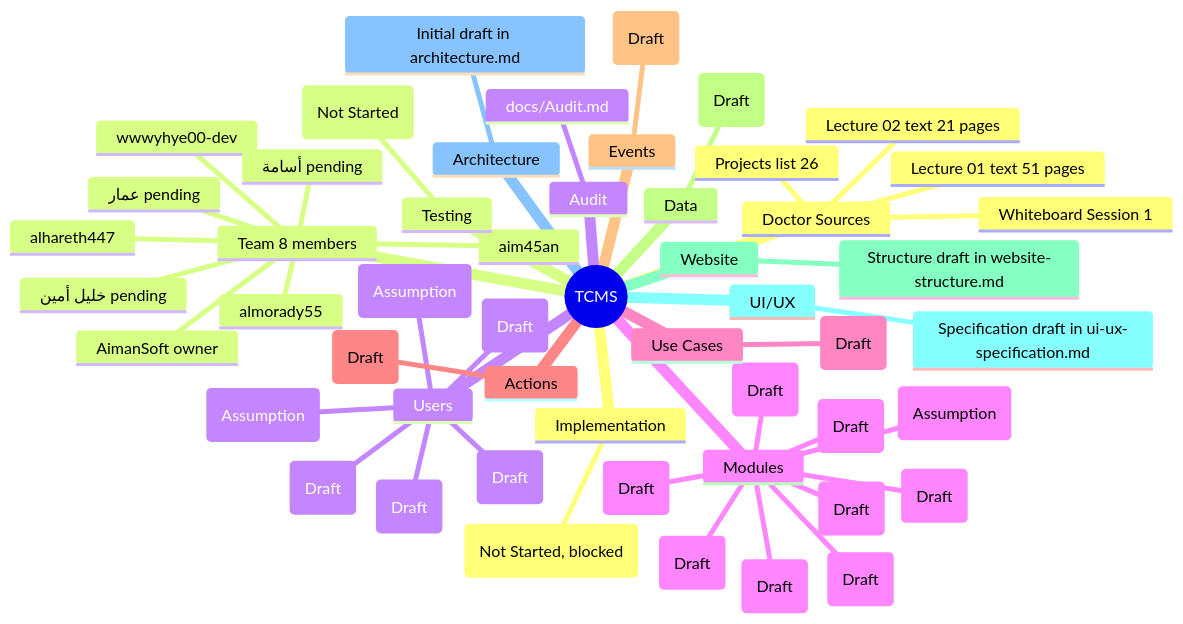
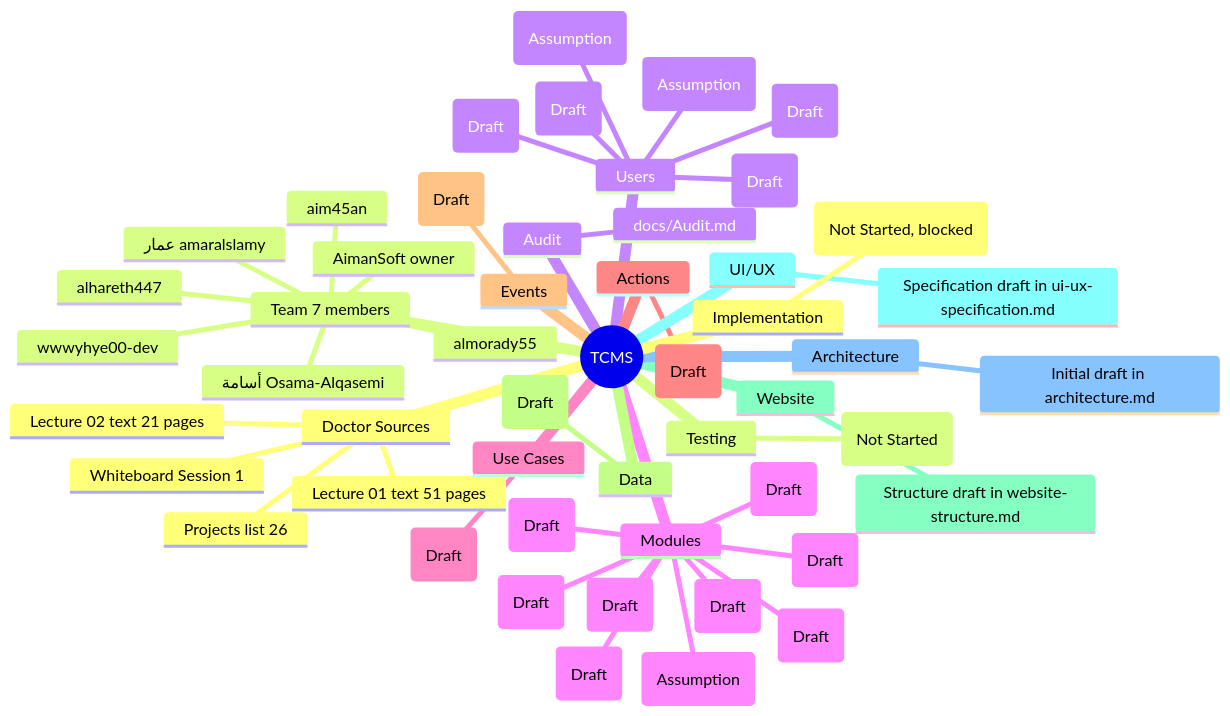
The diagram in docs/mindmap.md (AimanSoft/Telecome-Mangment-System), drawn with Mermaid before and after one commit. The commit also changed other lines of this file and 4 other files, not shown here.

First line of the commit message:
docs: update team — 7 members, 7/7 usernames confirmed

````diff
--- a/docs/mindmap.md
+++ b/docs/mindmap.md
@@ -11,55 +11,54 @@
 ```mermaid
 mindmap
   root((TCMS))
     Doctor Sources
       Lecture 01 text 51 pages
       Lecture 02 text 21 pages
       Projects list 26
       Whiteboard Session 1
-    Team 8 members
+    Team 7 members
       AimanSoft owner
       aim45an
       wwwyhye00-dev
       almorady55
       alhareth447
-      عمار pending
-      أسامة pending
-      خليل أمين pending
+      عمار amaralslamy
+      أسامة Osama-Alqasemi
     Users
       Administrator (Draft)
       Customer Service (Draft)
       Billing / Finance (Draft)
       Sales (Draft)
       Subscriber (Assumption)
       Technician / Field (Assumption)
     Modules
       Subscriber Management (Draft)
       Packages / Offers (Draft)
       Billing & Invoicing (Draft)
       Payments (Draft)
       Complaints & Support (Draft)
       Sales / Orders (Draft)
       Inventory SIM & Devices (Assumption)
       Reporting & Dashboards (Draft)
       Administration & Roles (Draft)
     Use Cases
       Initial set in use-case-scenario.md (Draft)
     Actions
       Per use case in use-case-action.md (Draft)
     Events
       Flow of event in flow-of-event.md (Draft)
     Data
       Entities in data-flow.md (Draft)
     Website
       Structure draft in website-structure.md
     UI/UX
       Specification draft in ui-ux-specification.md
     Architecture
       Initial draft in architecture.md
     Implementation
       Phase 6 (Not Started, blocked)
     Testing
       Phase 7 (Not Started)
     Audit
       docs/Audit.md
 ```
````
